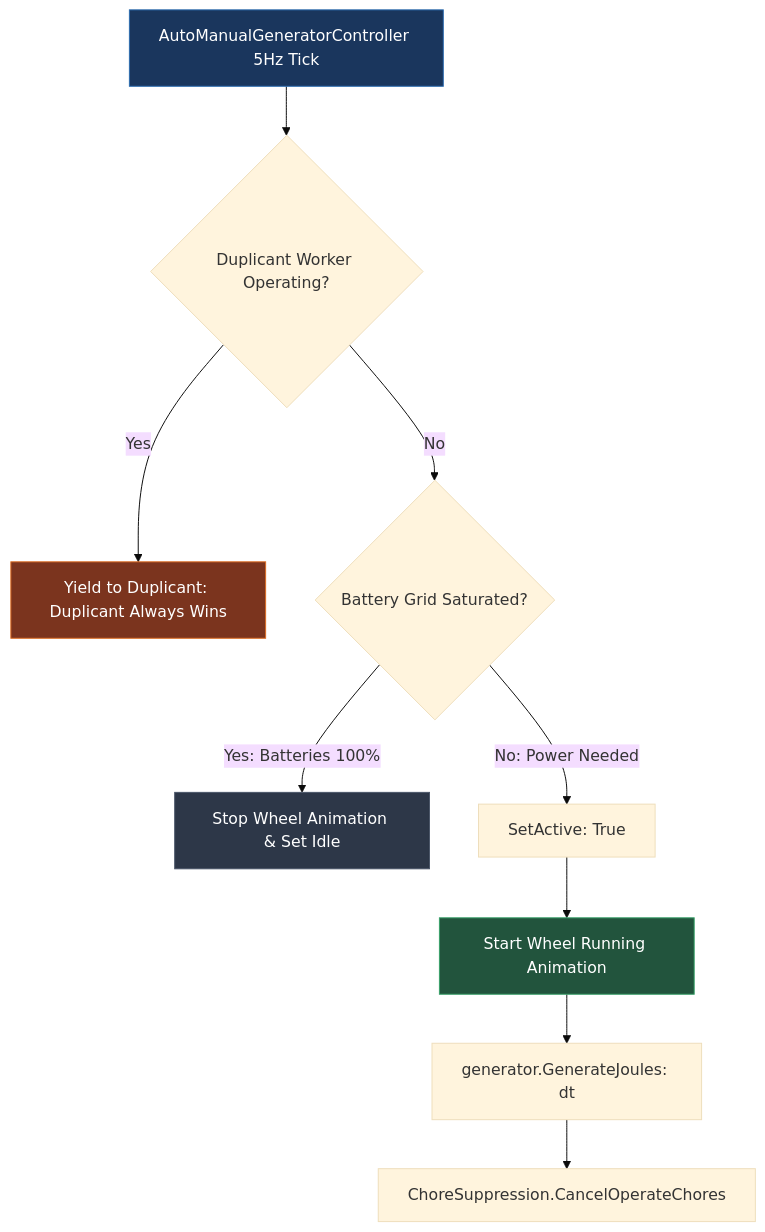
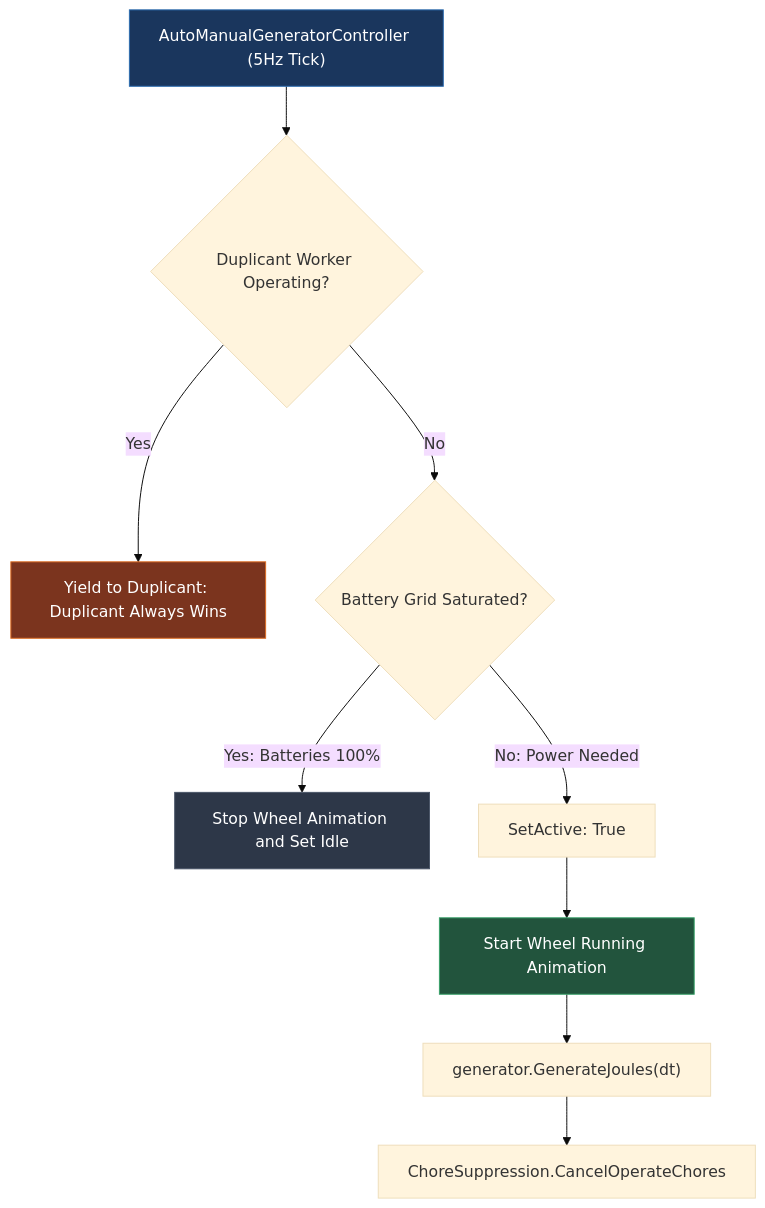
Before and after one commit to Eurekalo/Automatic_Industry: the first of 5 diagrams in wiki/Automated-Buildings-Logic.md, drawn with Mermaid (base theme). The commit also changed other lines of this file and 5 other files, not shown here.

Commit message:
docs(wiki): fix Mermaid diagram syntax and quoting for GitHub renderer

````diff
--- a/wiki/Automated-Buildings-Logic.md
+++ b/wiki/Automated-Buildings-Logic.md
@@ -57,16 +57,16 @@
 ```mermaid
 flowchart TD
-    A[AutoManualGeneratorController 5Hz Tick] --> B{Duplicant Worker Operating?}
-    B -->|Yes| C[Yield to Duplicant: Duplicant Always Wins]
-    B -->|No| D{Battery Grid Saturated?}
-    D -->|Yes: Batteries 100%| E[Stop Wheel Animation & Set Idle]
-    D -->|No: Power Needed| F[SetActive: True]
-    F --> G[Start Wheel Running Animation]
-    G --> H[generator.GenerateJoules: dt]
-    H --> I[ChoreSuppression.CancelOperateChores]
+    A["AutoManualGeneratorController (5Hz Tick)"] --> B{"Duplicant Worker Operating?"}
+    B -->|Yes| C["Yield to Duplicant: Duplicant Always Wins"]
+    B -->|No| D{"Battery Grid Saturated?"}
+    D -->|Yes: Batteries 100%| E["Stop Wheel Animation and Set Idle"]
+    D -->|No: Power Needed| F["SetActive: True"]
+    F --> G["Start Wheel Running Animation"]
+    G --> H["generator.GenerateJoules(dt)"]
+    H --> I["ChoreSuppression.CancelOperateChores"]
 
     style A fill:#1a365d,stroke:#2b6cb0,color:#fff
     style C fill:#7b341e,stroke:#dd6b20,color:#fff
     style E fill:#2d3748,stroke:#4a5568,color:#fff
     style G fill:#22543d,stroke:#38a169,color:#fff
 ```
````
